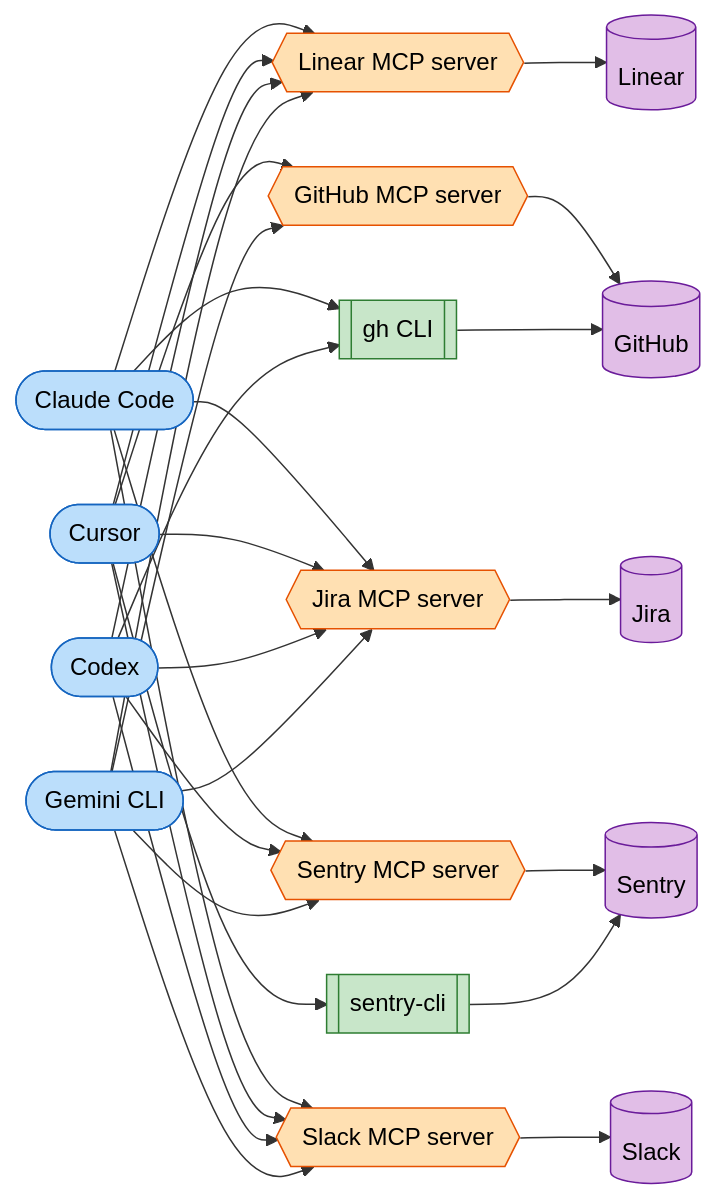
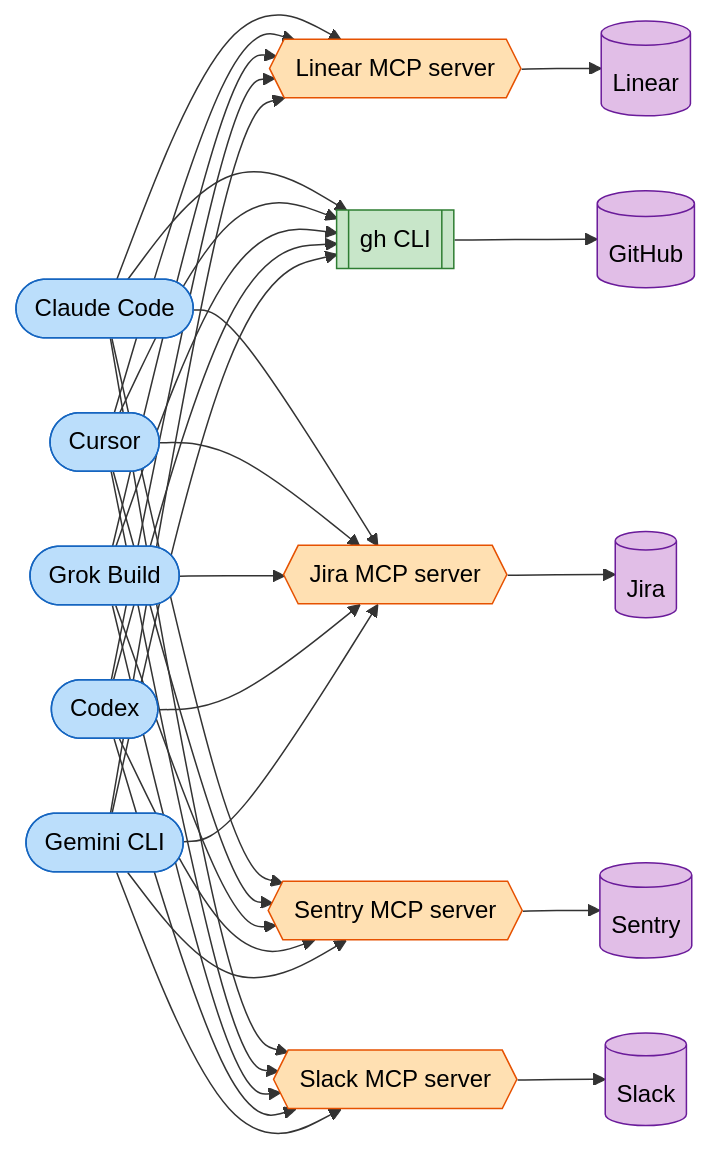
One commit to alephic-ai/foac changed the first of 2 diagrams in README.md. Above: the diagram before and after it, drawn with Mermaid. The commit also changed other lines of this file, not shown here.

Commit message:
docs: unify adapters and refresh harnesses in README diagrams
Every harness now uses the same adapters (gh CLI for GitHub, Sentry MCP
server for Sentry) in the before diagram, and Grok Build joins the
harness lineup.

````diff
--- a/README.md
+++ b/README.md
@@ -19,22 +19,21 @@
 ```mermaid
 graph LR
     CC([Claude Code]) --> LMCP & GHCLI & JMCP & SMCP & SLMCP
-    CU([Cursor]) --> LMCP & GHMCP & JMCP & SCLI & SLMCP
+    CU([Cursor]) --> LMCP & GHCLI & JMCP & SMCP & SLMCP
+    GRK([Grok Build]) --> LMCP & GHCLI & JMCP & SMCP & SLMCP
     CX([Codex]) --> LMCP & GHCLI & JMCP & SMCP & SLMCP
-    GEM([Gemini CLI]) --> LMCP & GHMCP & JMCP & SMCP & SLMCP
+    GEM([Gemini CLI]) --> LMCP & GHCLI & JMCP & SMCP & SLMCP
     LMCP{{Linear MCP server}} --> Linear[(Linear)]
-    GHMCP{{GitHub MCP server}} --> GitHub[(GitHub)]
-    GHCLI[[gh CLI]] --> GitHub
+    GHCLI[[gh CLI]] --> GitHub[(GitHub)]
     JMCP{{Jira MCP server}} --> Jira[(Jira)]
     SMCP{{Sentry MCP server}} --> Sentry[(Sentry)]
-    SCLI[[sentry-cli]] --> Sentry
     SLMCP{{Slack MCP server}} --> Slack[(Slack)]
     classDef harness fill:#bbdefb,stroke:#1565c0,color:#000
     classDef mcp fill:#ffe0b2,stroke:#e65100,color:#000
     classDef cli fill:#c8e6c9,stroke:#2e7d32,color:#000
     classDef provider fill:#e1bee7,stroke:#6a1b9a,color:#000
-    class CC,CU,CX,GEM harness
-    class LMCP,GHMCP,JMCP,SMCP,SLMCP mcp
-    class GHCLI,SCLI cli
+    class CC,CU,GRK,CX,GEM harness
+    class LMCP,JMCP,SMCP,SLMCP mcp
+    class GHCLI cli
     class Linear,GitHub,Jira,Sentry,Slack provider
 ```
````
